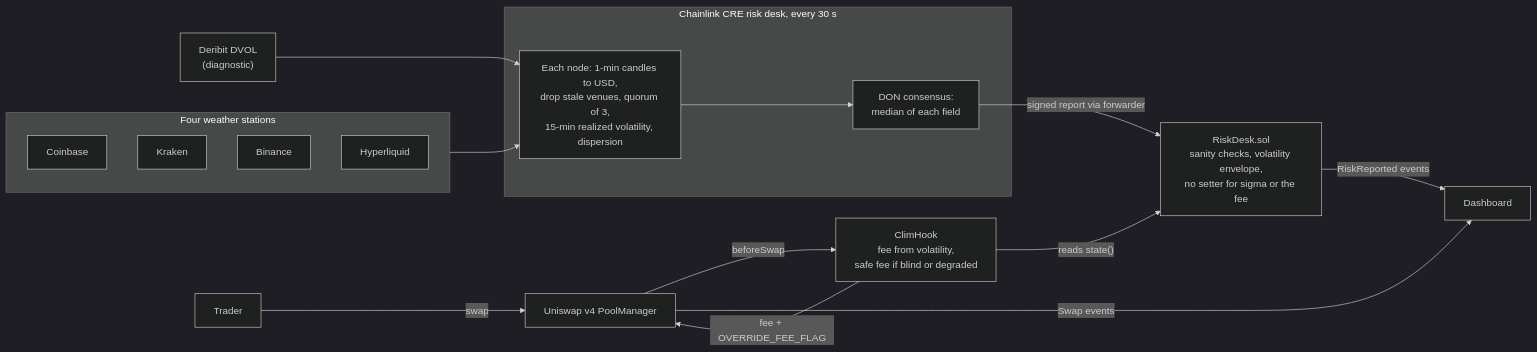
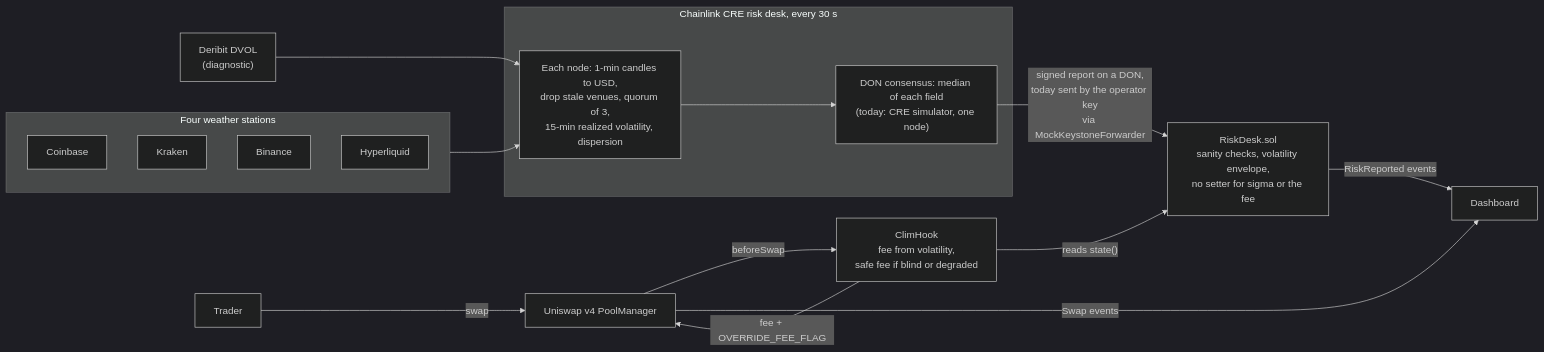
The first of 2 diagrams in README.md (DVB-ANS/clim), drawn with Mermaid (dark theme) before and after one commit. The commit also changed other lines of this file and 8 other files, not shown here.

````diff
--- a/README.md
+++ b/README.md
@@ -57,24 +57,24 @@
 ```mermaid
 flowchart LR
   subgraph stations["Four weather stations"]
     CB["Coinbase"]
     KR["Kraken"]
     BN["Binance"]
     HL["Hyperliquid"]
   end
   DV["Deribit DVOL<br/>(diagnostic)"]
   subgraph cre["Chainlink CRE risk desk, every 30 s"]
     NODE["Each node: 1-min candles to USD,<br/>drop stale venues, quorum of 3,<br/>15-min realized volatility, dispersion"]
-    DON["DON consensus:<br/>median of each field"]
+    DON["DON consensus: median of each field<br/>(today: CRE simulator, one node)"]
   end
   stations --> NODE
   DV --> NODE
   NODE --> DON
-  DON -->|"signed report via forwarder"| RD["RiskDesk.sol<br/>sanity checks, volatility envelope,<br/>no setter for sigma or the fee"]
+  DON -->|"signed report on a DON,<br/>today sent by the operator key<br/>via MockKeystoneForwarder"| RD["RiskDesk.sol<br/>sanity checks, volatility envelope,<br/>no setter for sigma or the fee"]
   T["Trader"] -->|"swap"| PM["Uniswap v4 PoolManager"]
   PM -->|"beforeSwap"| HK["ClimHook<br/>fee from volatility,<br/>safe fee if blind or degraded"]
   HK -->|"reads state()"| RD
   HK -->|"fee + OVERRIDE_FEE_FLAG"| PM
   PM -->|"Swap events"| APP["Dashboard"]
   RD -->|"RiskReported events"| APP
 ```
````
